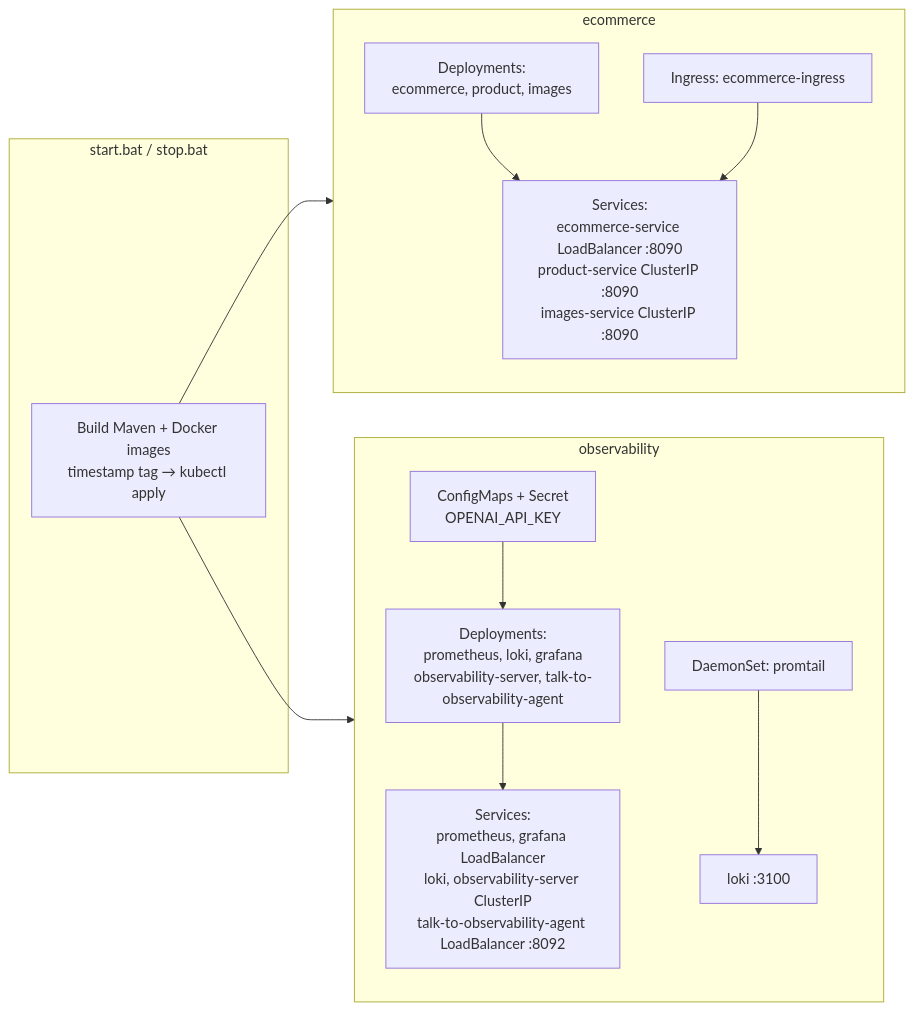
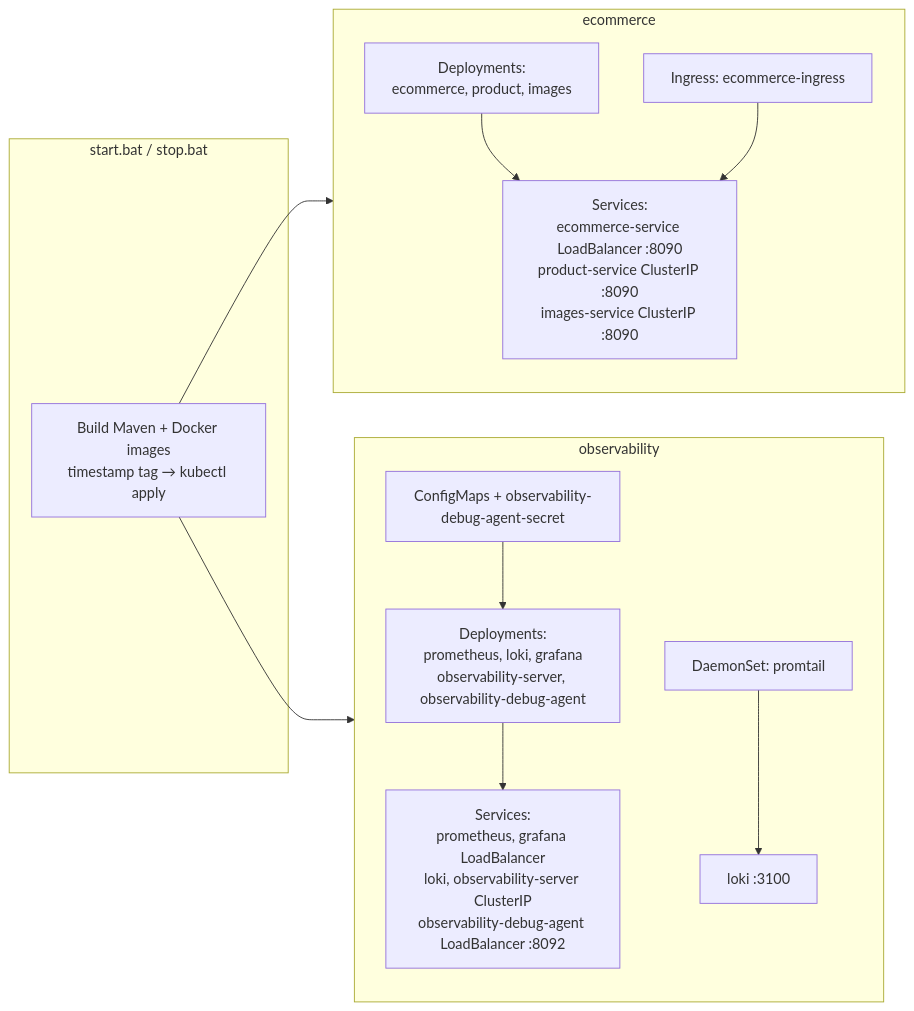
Before and after one commit to vuppalapatisn/agentic-microservices: the second of 5 diagrams in architecture-diagram.md, drawn with Mermaid. The commit also changed other lines of this file and 64 other files, not shown here.

````diff
--- a/architecture-diagram.md
+++ b/architecture-diagram.md
@@ -87,31 +87,31 @@
 ```mermaid
 flowchart LR
     subgraph Deploy["start.bat / stop.bat"]
         BAT["Build Maven + Docker images<br/>timestamp tag → kubectl apply"]
     end
 
     subgraph NS1["ecommerce"]
         direction TB
         D1["Deployments:<br/>ecommerce, product, images"]
         S1["Services:<br/>ecommerce-service LoadBalancer :8090<br/>product-service ClusterIP :8090<br/>images-service ClusterIP :8090"]
         I1["Ingress: ecommerce-ingress"]
         D1 --> S1
         I1 --> S1
     end
 
     subgraph NS2["observability"]
         direction TB
-        D2["Deployments:<br/>prometheus, loki, grafana<br/>observability-server, talk-to-observability-agent"]
+        D2["Deployments:<br/>prometheus, loki, grafana<br/>observability-server, observability-debug-agent"]
         DS2["DaemonSet: promtail"]
-        S2["Services:<br/>prometheus, grafana LoadBalancer<br/>loki, observability-server ClusterIP<br/>talk-to-observability-agent LoadBalancer :8092"]
-        CM2["ConfigMaps + Secret<br/>OPENAI_API_KEY"]
+        S2["Services:<br/>prometheus, grafana LoadBalancer<br/>loki, observability-server ClusterIP<br/>observability-debug-agent LoadBalancer :8092"]
+        CM2["ConfigMaps + observability-debug-agent-secret"]
         D2 --> S2
         DS2 --> LOKI2["loki :3100"]
         CM2 --> D2
     end
 
     BAT --> NS1
     BAT --> NS2
 
     LOKI2
 ```
````
